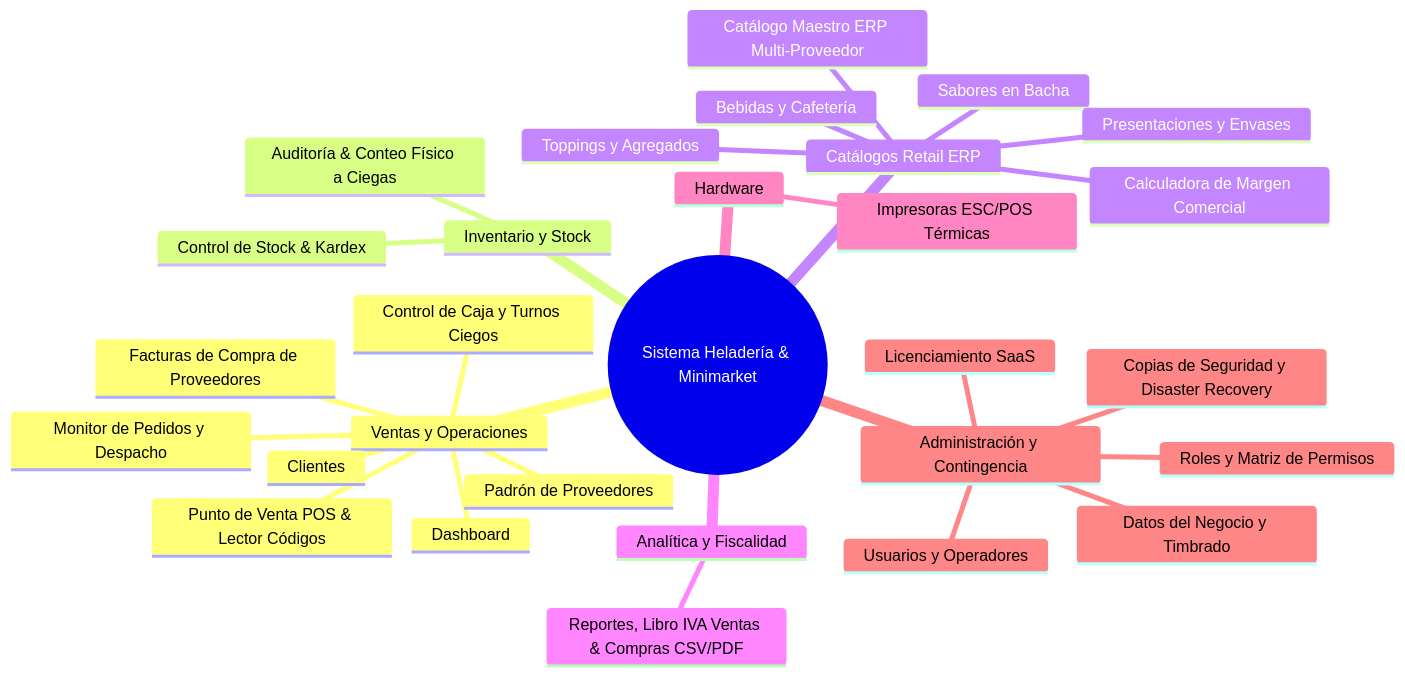
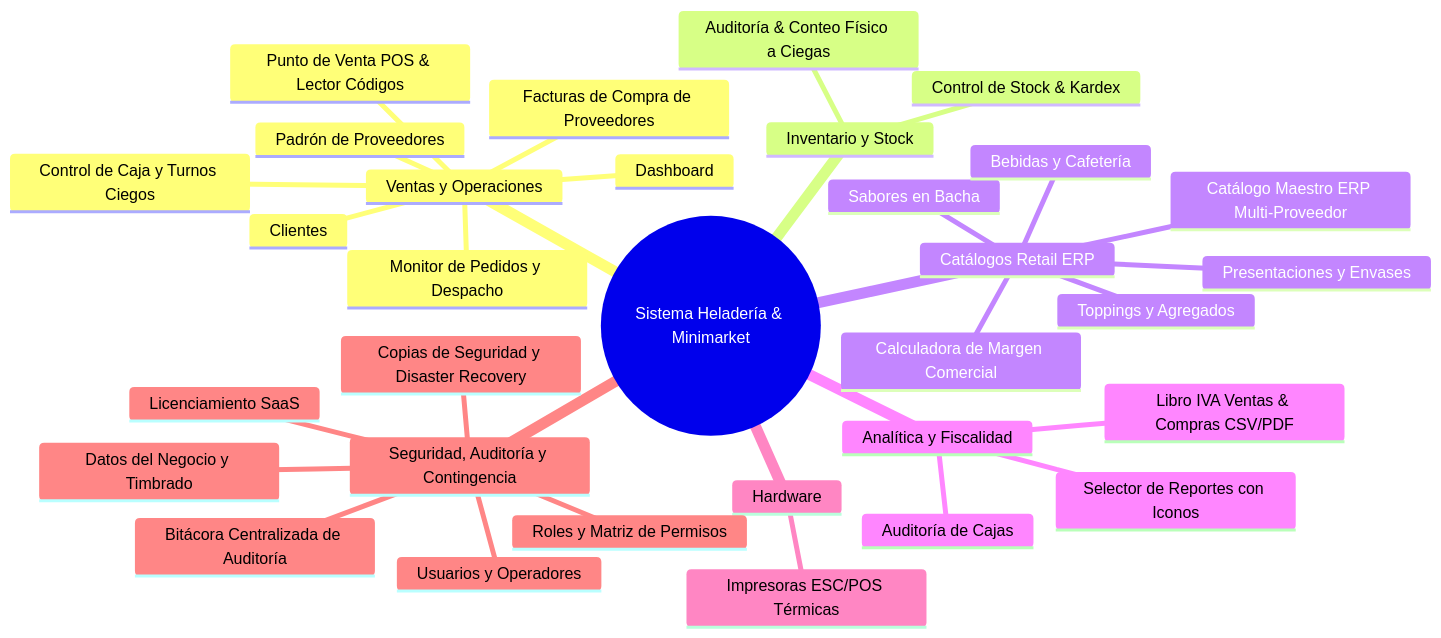
One commit to francisram/minimarketFront changed the diagram in MODULOS_Y_BONDADES.md. Above: the diagram before and after it, drawn with Mermaid. The commit also changed other lines of this file and 7 other files, not shown here.

Commit message:
docs: agregar manual de bitácora de auditoría y actualizar manuales de reportes, POS y stock

````diff
--- a/MODULOS_Y_BONDADES.md
+++ b/MODULOS_Y_BONDADES.md
@@ -22,32 +22,35 @@
 ```mermaid
 mindmap
   root((Sistema Heladería & Minimarket))
     Ventas y Operaciones
       Dashboard
       Control de Caja y Turnos Ciegos
       Punto de Venta POS & Lector Códigos
       Monitor de Pedidos y Despacho
       Clientes
       Padrón de Proveedores
       Facturas de Compra de Proveedores
     Inventario y Stock
       Control de Stock & Kardex
       Auditoría & Conteo Físico a Ciegas
     Catálogos Retail ERP
       Catálogo Maestro ERP Multi-Proveedor
       Sabores en Bacha
       Presentaciones y Envases
       Toppings y Agregados
       Bebidas y Cafetería
       Calculadora de Margen Comercial
     Analítica y Fiscalidad
-      Reportes, Libro IVA Ventas & Compras CSV/PDF
+      Selector de Reportes con Iconos
+      Libro IVA Ventas & Compras CSV/PDF
+      Auditoría de Cajas
     Hardware
       Impresoras ESC/POS Térmicas
-    Administración y Contingencia
+    Seguridad, Auditoría y Contingencia
+      Bitácora Centralizada de Auditoría
       Usuarios y Operadores
       Roles y Matriz de Permisos
       Licenciamiento SaaS
       Datos del Negocio y Timbrado
       Copias de Seguridad y Disaster Recovery
 ```
````
